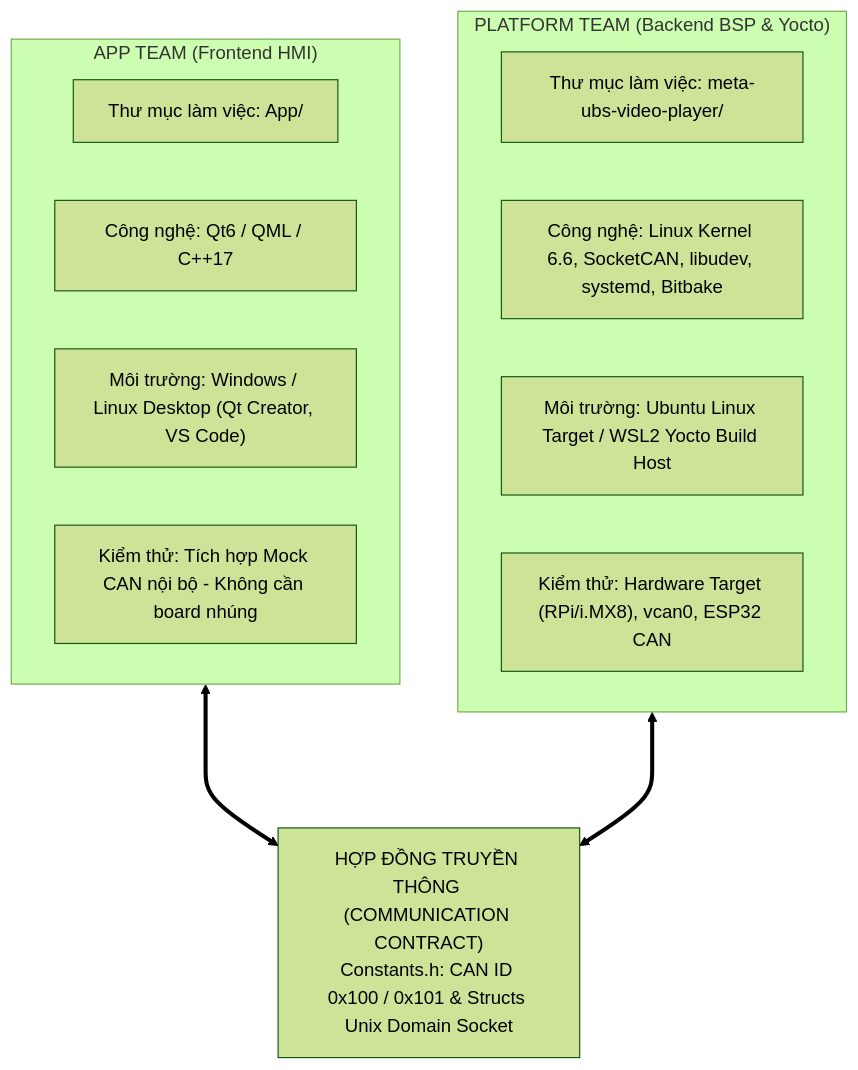
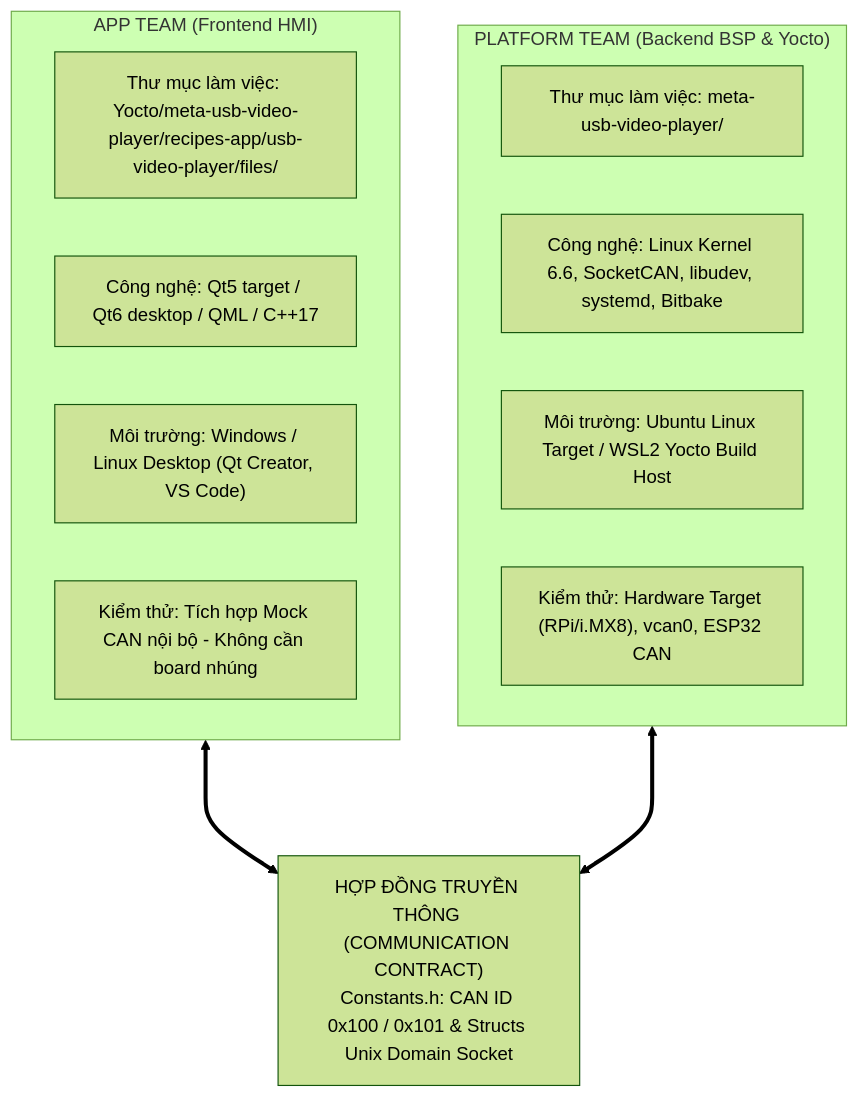
The first of 5 diagrams in YOCTO_SCARTHGAP_GUIDE.md (lamnguyen56/FastTrack01), drawn with Mermaid (forest theme) before and after one commit. The commit also changed other lines of this file and 85 other files, not shown here.

Commit message:
Rename "ubs" to "usb" and move App folder into recipes-app

````diff
--- a/YOCTO_SCARTHGAP_GUIDE.md
+++ b/YOCTO_SCARTHGAP_GUIDE.md
@@ -85,21 +47,21 @@
 ```mermaid
 graph TB
     subgraph AppTeam ["APP TEAM (Frontend HMI)"]
-        A1["Thư mục làm việc: App/"]
-        A2["Công nghệ: Qt6 / QML / C++17"]
+        A1["Thư mục làm việc: Yocto/meta-usb-video-player/recipes-app/usb-video-player/files/"]
+        A2["Công nghệ: Qt5 target / Qt6 desktop / QML / C++17"]
         A3["Môi trường: Windows / Linux Desktop (Qt Creator, VS Code)"]
         A4["Kiểm thử: Tích hợp Mock CAN nội bộ - Không cần board nhúng"]
     end
 
     subgraph PlatformTeam ["PLATFORM TEAM (Backend BSP & Yocto)"]
-        P1["Thư mục làm việc: meta-ubs-video-player/"]
+        P1["Thư mục làm việc: meta-usb-video-player/"]
         P2["Công nghệ: Linux Kernel 6.6, SocketCAN, libudev, systemd, Bitbake"]
         P3["Môi trường: Ubuntu Linux Target / WSL2 Yocto Build Host"]
         P4["Kiểm thử: Hardware Target (RPi/i.MX8), vcan0, ESP32 CAN"]
     end
 
     Contract["HỢP ĐỒNG TRUYỀN THÔNG (COMMUNICATION CONTRACT)<br/>Constants.h: CAN ID 0x100 / 0x101 & Structs Unix Domain Socket"]
 
     AppTeam <===> Contract
     PlatformTeam <===> Contract
 ```
````
